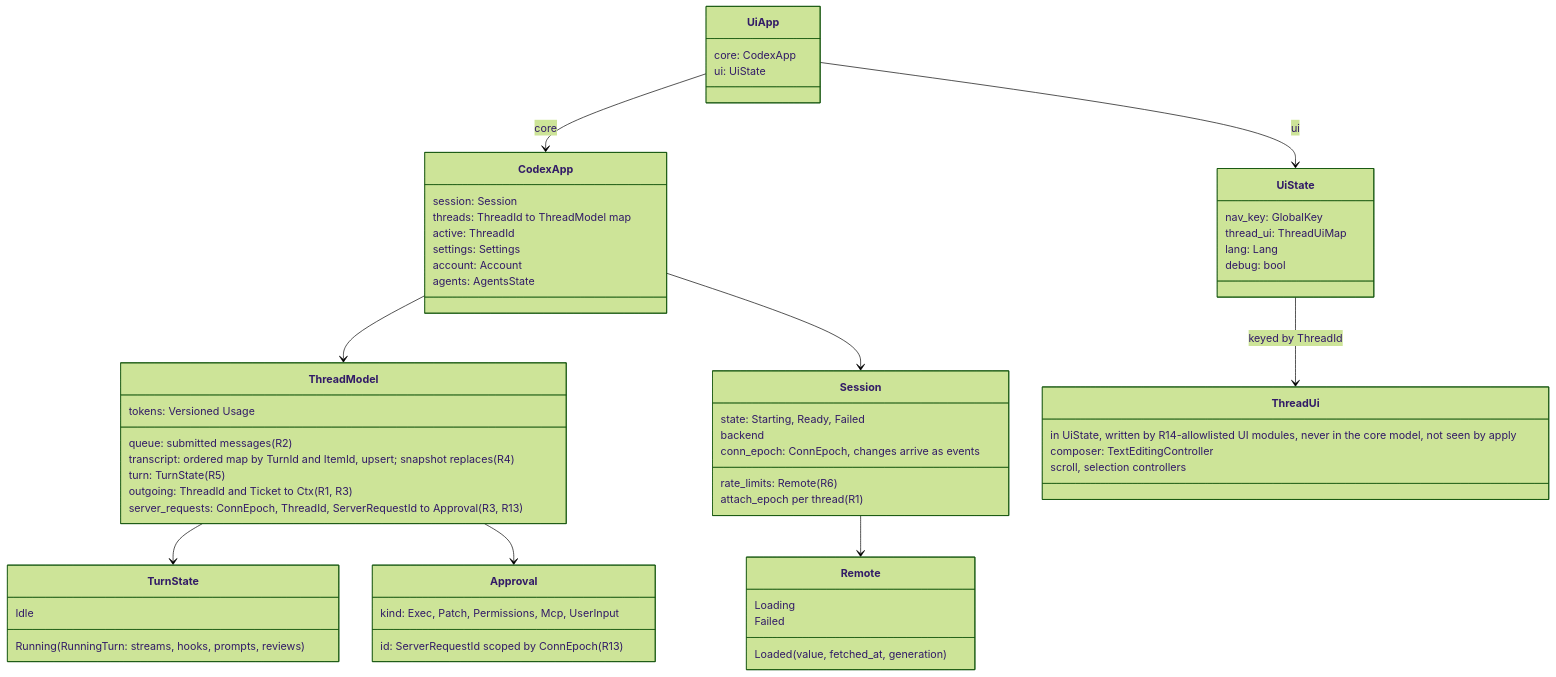
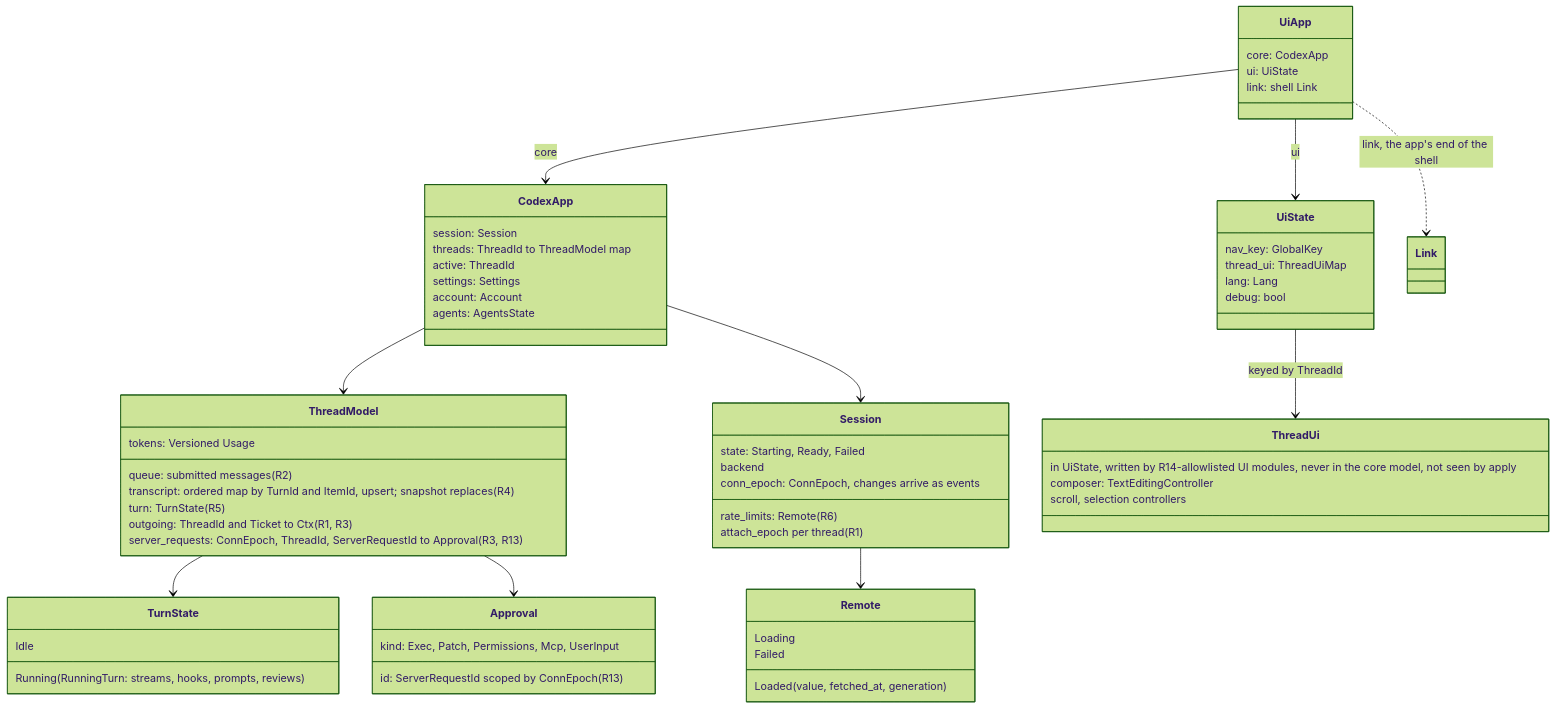
One commit to Maryarty/CodexCLI changed the sixth of 11 diagrams in docs/rtwk-port/design.md. Above: the diagram before and after it, drawn with Mermaid (forest theme). The commit also changed other lines of this file and 34 other files, not shown here.

Commit message:
skeleton-layers: fix round (green): SeededScope with its own Hs over a core Sandbox, per-dir screen seed step, heading-only menu golden, allowlist layer rules and core disallowed_types, core deps allowlist, G16, D1 as an ignored red core test, UiApp.link in the docs, parity pack

````diff
--- a/docs/rtwk-port/design.md
+++ b/docs/rtwk-port/design.md
@@ -183,62 +183,64 @@
 ```mermaid
 classDiagram
   class CodexApp {
     session: Session
     threads: ThreadId to ThreadModel map
     active: ThreadId
     settings: Settings
     account: Account
     agents: AgentsState
   }
   class ThreadModel {
     queue: submitted messages (R2)
     transcript: ordered map by TurnId and ItemId, upsert; snapshot replaces (R4)
     turn: TurnState (R5)
     outgoing: ThreadId and Ticket to Ctx (R1, R3)
     server_requests: ConnEpoch, ThreadId, ServerRequestId to Approval (R3, R13)
     tokens: Versioned Usage
   }
   class UiApp {
     core: CodexApp
     ui: UiState
+    link: shell Link
   }
   class UiState {
     nav_key: GlobalKey
     thread_ui: ThreadUiMap
     lang: Lang
     debug: bool
   }
   class ThreadUi {
     in UiState, written by R14-allowlisted UI modules, never in the core model, not seen by apply
     composer: TextEditingController
     scroll, selection controllers
   }
   class TurnState {
     Idle
     Running(RunningTurn: streams, hooks, prompts, reviews)
   }
   class Remote {
     Loading
     Loaded(value, fetched_at, generation)
     Failed
   }
   class Approval {
     id: ServerRequestId scoped by ConnEpoch (R13)
     kind: Exec, Patch, Permissions, Mcp, UserInput
   }
   class Session {
     state: Starting, Ready, Failed
     backend
     conn_epoch: ConnEpoch, changes arrive as events
     rate_limits: Remote (R6)
     attach_epoch per thread (R1)
   }
   CodexApp --> ThreadModel
   ThreadModel --> TurnState
   ThreadModel --> Approval
   UiApp --> CodexApp : core
   UiApp --> UiState : ui
+  UiApp ..> Link : link, the app's end of the shell
   UiState --> ThreadUi : keyed by ThreadId
   CodexApp --> Session
   Session --> Remote
 ```
````
